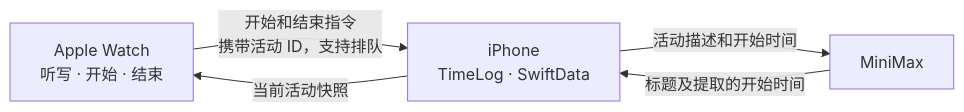
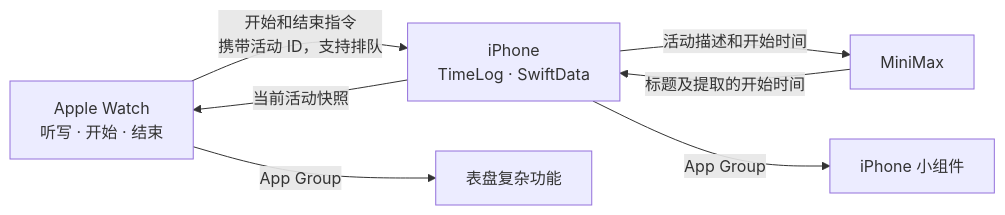
Before and after one commit to MuhangHE/Chronoception: the diagram in README.zh-CN.md, drawn with Mermaid. The commit also changed other lines of this file and 24 other files, not shown here.

````diff
--- a/README.zh-CN.md
+++ b/README.zh-CN.md
@@ -97,7 +116,9 @@
 ```mermaid
 flowchart LR
     W["Apple Watch<br/>听写 · 开始 · 结束"] -- "开始和结束指令<br/>携带活动 ID，支持排队" --> P["iPhone<br/>TimeLog · SwiftData"]
     P -- "当前活动快照" --> W
     P -- "活动描述和开始时间" --> M["MiniMax"]
     M -- "标题及提取的开始时间" --> P
+    P -- "App Group" --> PW["iPhone 小组件"]
+    W -- "App Group" --> WC["表盘复杂功能"]
 ```
````
